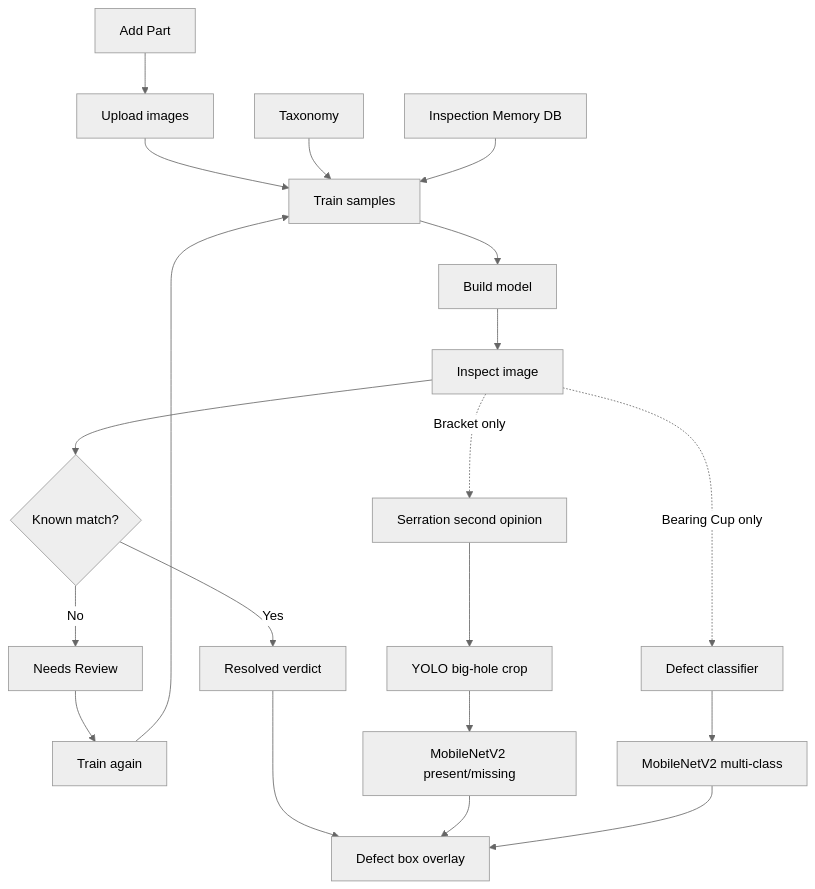
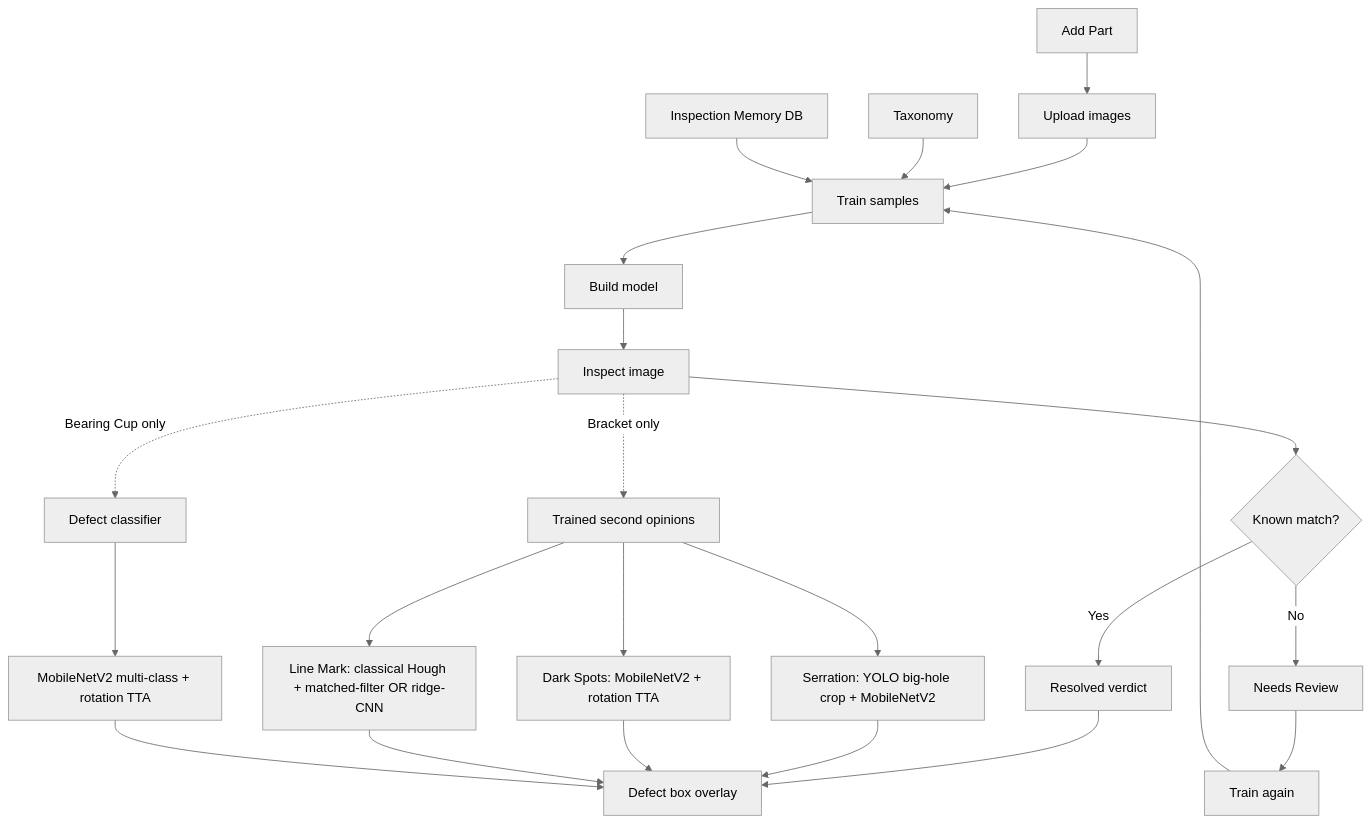
Before and after one commit to sdindiver/QMSInspector: the diagram in README.md, drawn with Mermaid (neutral theme). The commit also changed other lines of this file and 2 other files, not shown here.

First line of the commit message:
Document per-defect detection strategy + lazy line-mark

````diff
--- a/README.md
+++ b/README.md
@@ -26,28 +26,31 @@
 ```mermaid
 flowchart TD
     A[Add Part] --> B[Upload images]
     B --> C[Train samples]
 
     K[Taxonomy] --> C
     M[Inspection Memory DB] --> C
 
     C --> D[Build model]
     D --> E[Inspect image]
     E --> F{Known match?}
 
     F -- Yes --> G[Resolved verdict]
     G --> G2[Defect box overlay]
 
     F -- No --> H[Needs Review]
     H --> I[Train again]
     I --> C
 
-    E -. Bracket only .-> S[Serration second opinion]
-    S --> S1[YOLO big-hole crop]
-    S1 --> S2[MobileNetV2 present/missing]
-    S2 --> G2
+    E -. Bracket only .-> S[Trained second opinions]
+    S --> S1[Serration: YOLO big-hole crop + MobileNetV2]
+    S --> S3[Dark Spots: MobileNetV2 + rotation TTA]
+    S --> S4[Line Mark: classical Hough + matched-filter OR ridge-CNN]
+    S1 --> G2
+    S3 --> G2
+    S4 --> G2
 
     E -. Bearing Cup only .-> BC[Defect classifier]
-    BC --> BC1[MobileNetV2 multi-class]
+    BC --> BC1[MobileNetV2 multi-class + rotation TTA]
     BC1 --> G2
 ```
````
